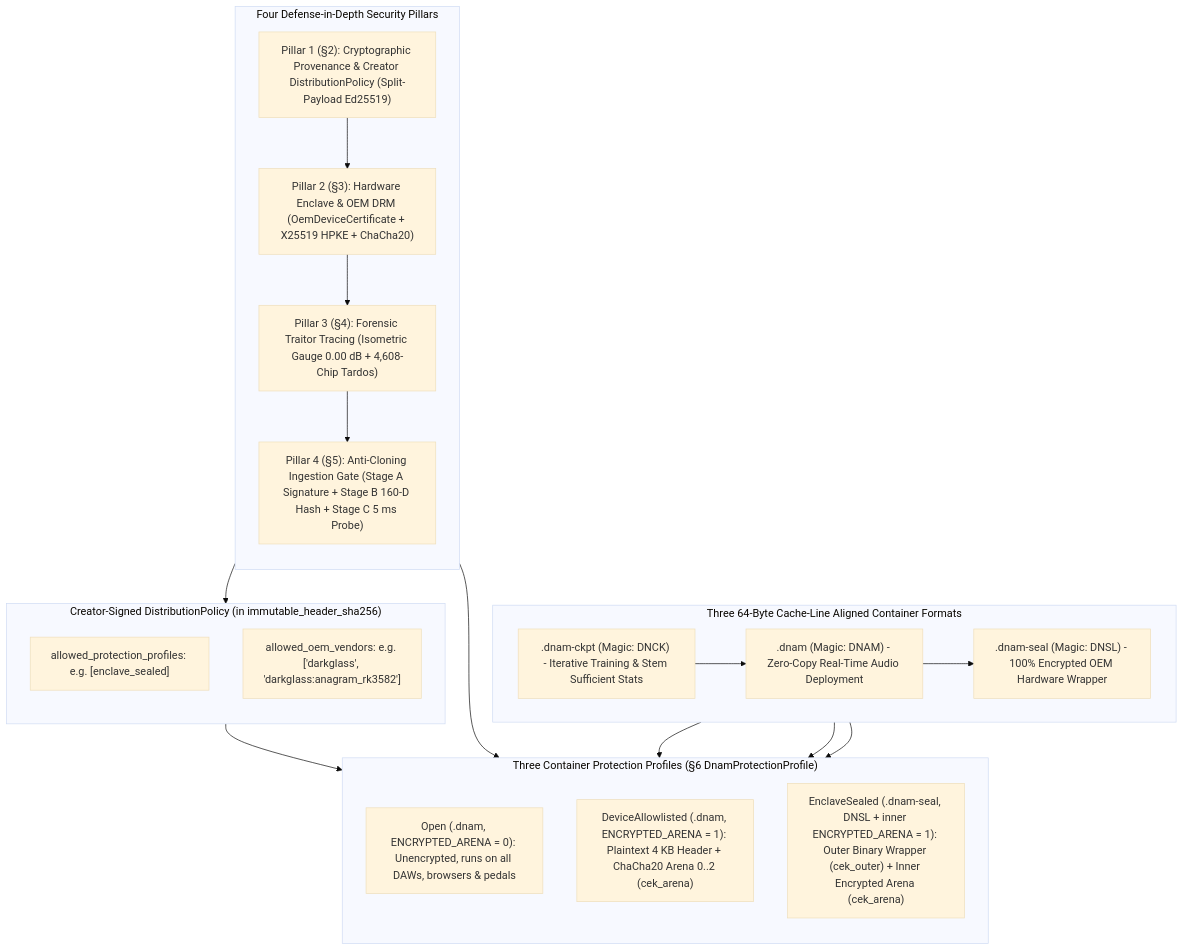
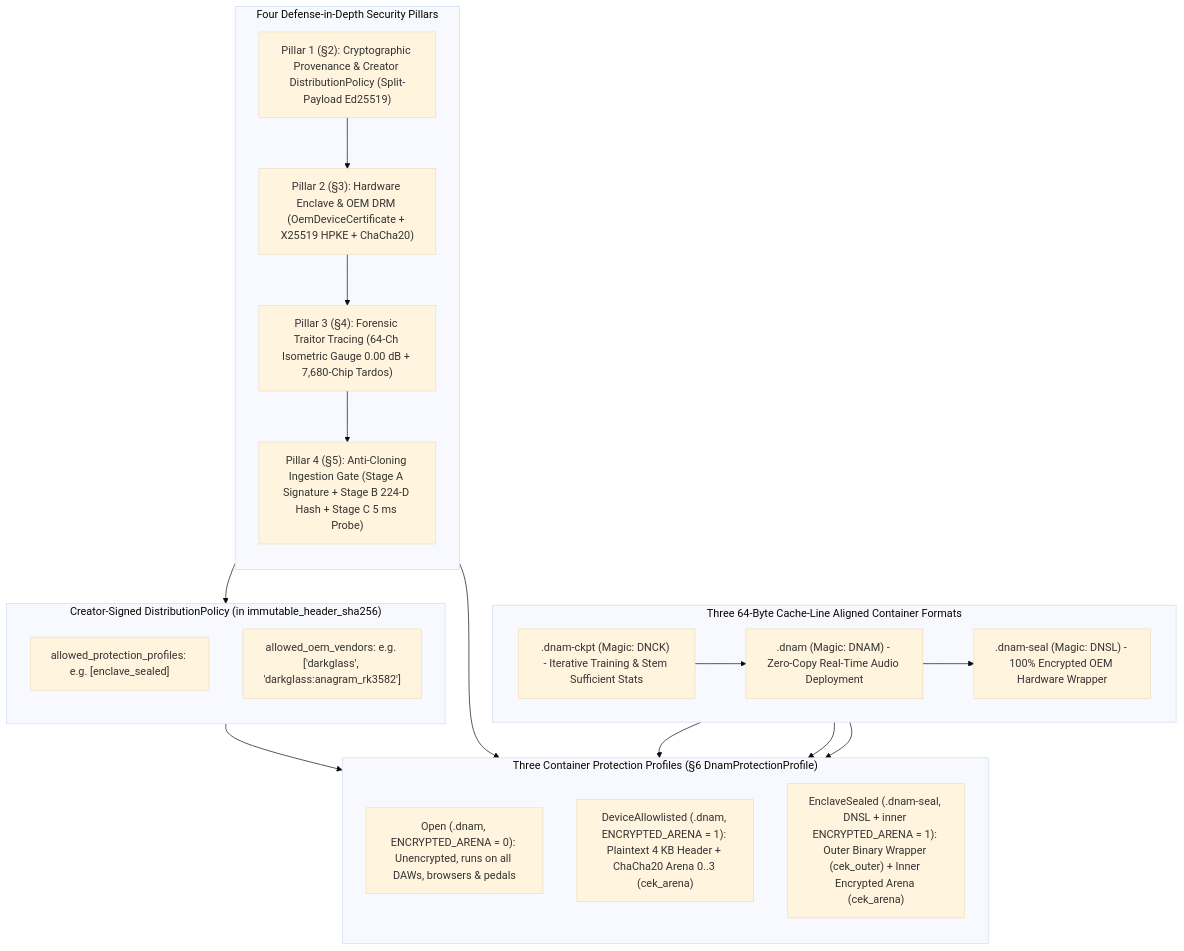
Before and after one commit to dnam-project/dnam: the first of 10 diagrams in docs/digital_marketplace_and_provenance.md, drawn with Mermaid (base theme). The commit also changed other lines of this file and 115 other files, not shown here.

````diff
--- a/docs/digital_marketplace_and_provenance.md
+++ b/docs/digital_marketplace_and_provenance.md
@@ -13,39 +13,39 @@
 ```mermaid
 flowchart TB
     subgraph Formats ["Three 64-Byte Cache-Line Aligned Container Formats"]
         direction LR
         F_CKPT[".dnam-ckpt (Magic: DNCK) - Iterative Training & Stem Sufficient Stats"]
         F_DNAM[".dnam (Magic: DNAM) - Zero-Copy Real-Time Audio Deployment"]
         F_SEAL[".dnam-seal (Magic: DNSL) - 100% Encrypted OEM Hardware Wrapper"]
         F_CKPT --> F_DNAM --> F_SEAL
     end
 
     subgraph Pillars ["Four Defense-in-Depth Security Pillars"]
         direction TB
         P1["Pillar 1 (§2): Cryptographic Provenance & Creator DistributionPolicy (Split-Payload Ed25519)"]
         P2["Pillar 2 (§3): Hardware Enclave & OEM DRM (OemDeviceCertificate + X25519 HPKE + ChaCha20)"]
-        P3["Pillar 3 (§4): Forensic Traitor Tracing (Isometric Gauge 0.00 dB + 4,608-Chip Tardos)"]
-        P4["Pillar 4 (§5): Anti-Cloning Ingestion Gate (Stage A Signature + Stage B 160-D Hash + Stage C 5 ms Probe)"]
+        P3["Pillar 3 (§4): Forensic Traitor Tracing (64-Ch Isometric Gauge 0.00 dB + 7,680-Chip Tardos)"]
+        P4["Pillar 4 (§5): Anti-Cloning Ingestion Gate (Stage A Signature + Stage B 224-D Hash + Stage C 5 ms Probe)"]
         P1 --> P2 --> P3 --> P4
     end
 
     subgraph Policy ["Creator-Signed DistributionPolicy (in immutable_header_sha256)"]
         direction TB
         PolProf["allowed_protection_profiles: e.g. [enclave_sealed]"]
         PolOem["allowed_oem_vendors: e.g. ['darkglass', 'darkglass:anagram_rk3582']"]
     end
 
     subgraph Profiles ["Three Container Protection Profiles (§6 DnamProtectionProfile)"]
         direction TB
         ProfOpen["Open (.dnam, ENCRYPTED_ARENA = 0): Unencrypted, runs on all DAWs, browsers & pedals"]
-        ProfAllow["DeviceAllowlisted (.dnam, ENCRYPTED_ARENA = 1): Plaintext 4 KB Header + ChaCha20 Arena 0..2 (cek_arena)"]
+        ProfAllow["DeviceAllowlisted (.dnam, ENCRYPTED_ARENA = 1): Plaintext 4 KB Header + ChaCha20 Arena 0..3 (cek_arena)"]
         ProfSeal["EnclaveSealed (.dnam-seal, DNSL + inner ENCRYPTED_ARENA = 1): Outer Binary Wrapper (cek_outer) + Inner Encrypted Arena (cek_arena)"]
     end
 
     P1 --> Policy
     Policy --> Profiles
     F_DNAM --> ProfOpen
     F_DNAM --> ProfAllow
     F_SEAL --> ProfSeal
     P2 --> Profiles
 ```
````
